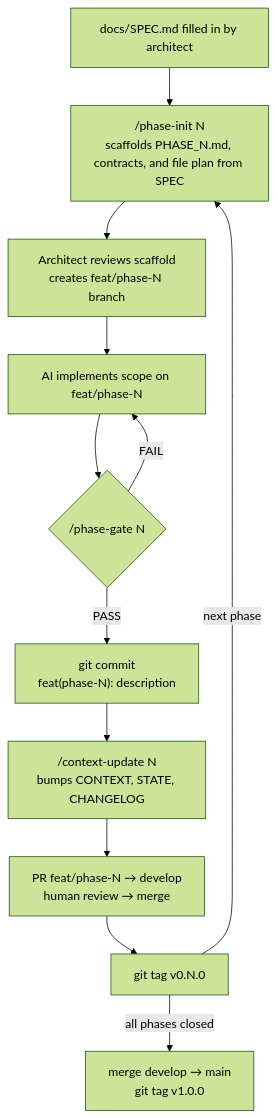
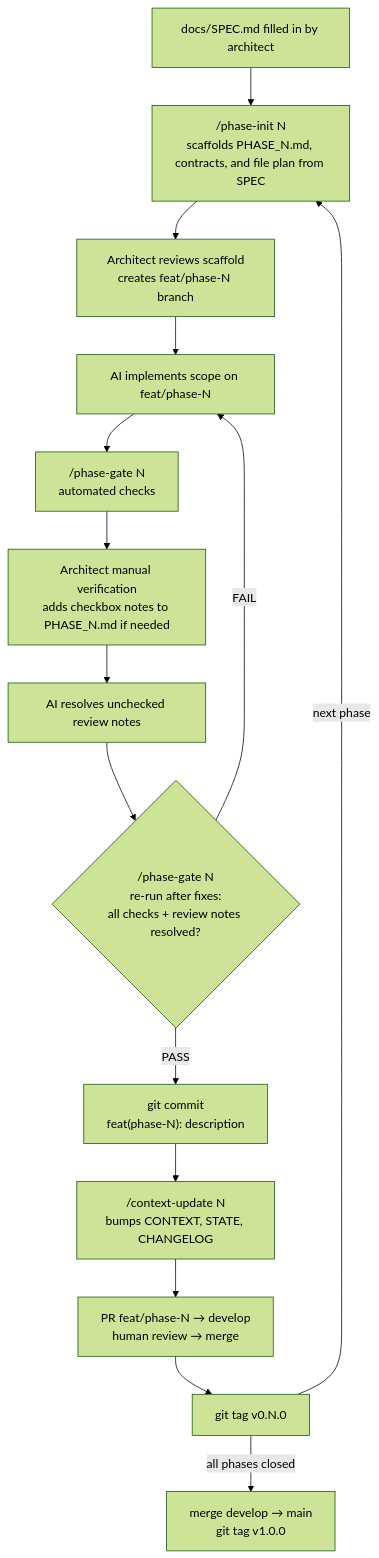
The diagram in README.md (avatarsik6699/sdd-template), drawn with Mermaid (forest theme) before and after one commit. The commit also changed other lines of this file and 7 other files, not shown here.

Commit message:
fix: enhance phase-gate workflow to include architect review notes verification and update documentation accordingly

````diff
--- a/README.md
+++ b/README.md
@@ -44,15 +44,18 @@
 ```mermaid
 flowchart TD
     Spec[docs/SPEC.md filled in by architect]
     Spec --> Init["/phase-init N<br/>scaffolds PHASE_N.md, contracts, and file plan from SPEC"]
     Init --> Fill[Architect reviews scaffold<br/>creates feat/phase-N branch]
     Fill --> Impl[AI implements scope on feat/phase-N]
-    Impl --> Gate{"/phase-gate N"}
-    Gate -- FAIL --> Impl
-    Gate -- PASS --> Commit["git commit<br/>feat(phase-N): description"]
+    Impl --> Gate["/phase-gate N<br/>automated checks"]
+    Gate --> Review[Architect manual verification<br/>adds checkbox notes to PHASE_N.md if needed]
+    Review --> Fix[AI resolves unchecked review notes]
+    Fix --> Ready{"/phase-gate N<br/>re-run after fixes:<br/>all checks + review notes resolved?"}
+    Ready -- FAIL --> Impl
+    Ready -- PASS --> Commit["git commit<br/>feat(phase-N): description"]
     Commit --> CtxUpdate["/context-update N<br/>bumps CONTEXT, STATE, CHANGELOG"]
     CtxUpdate --> PR[PR feat/phase-N → develop<br/>human review → merge]
     PR --> Tag["git tag v0.N.0"]
     Tag -- next phase --> Init
     Tag -- all phases closed --> Release[merge develop → main<br/>git tag v1.0.0]
 ```
````
